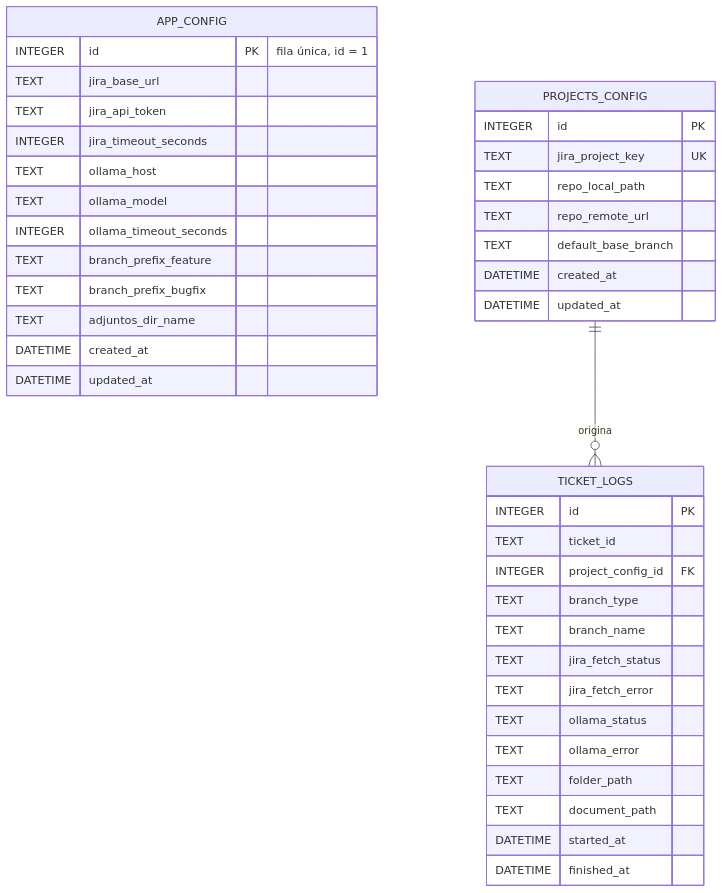
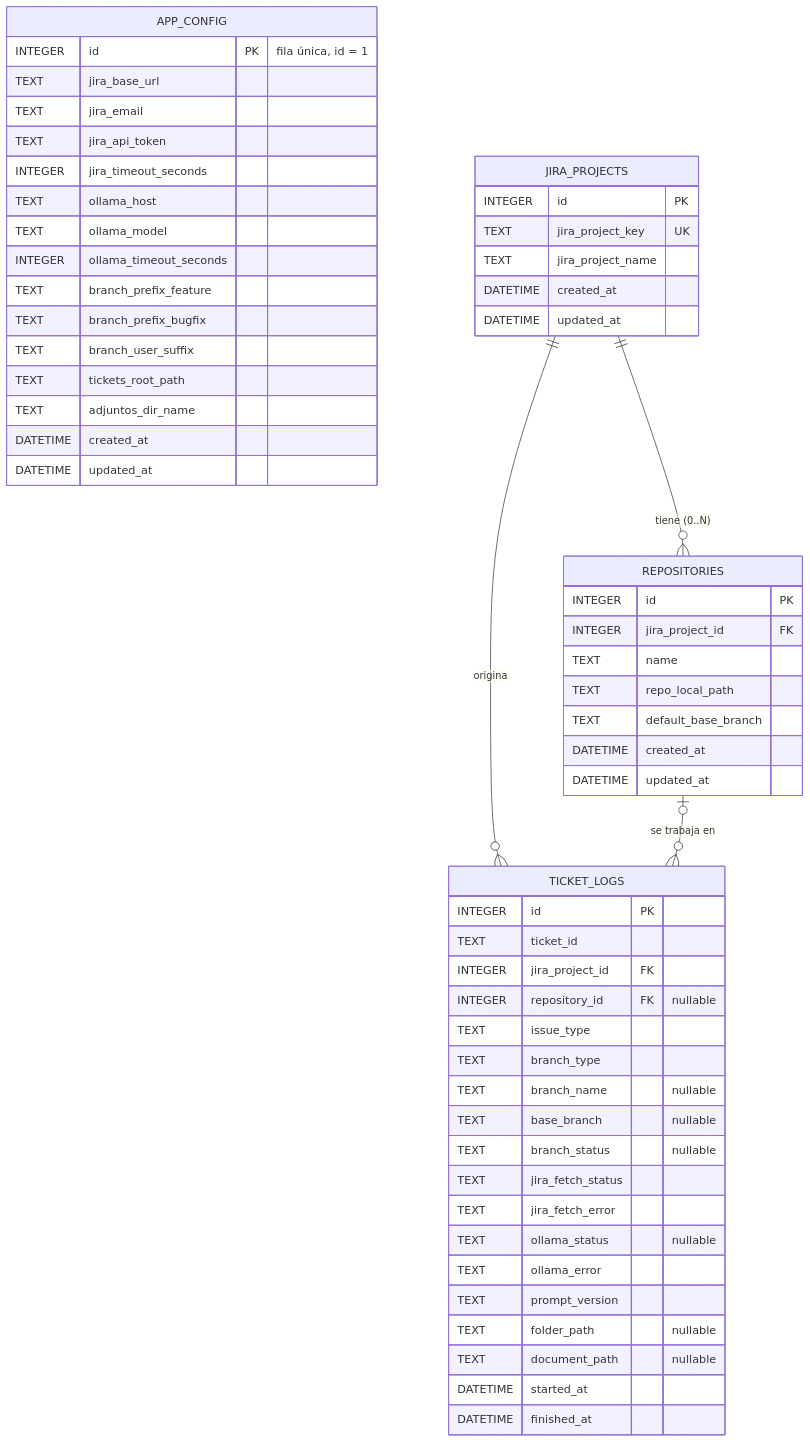
The diagram in docs/003-modelo-de-datos.md (andrearocha-git/AI4Devs-finalproject), drawn with Mermaid before and after one commit. The commit also changed other lines of this file and 11 other files, not shown here.

````diff
--- a/docs/003-modelo-de-datos.md
+++ b/docs/003-modelo-de-datos.md
@@ -7,45 +7,63 @@
 ```mermaid
 erDiagram
     APP_CONFIG {
         INTEGER id PK "fila única, id = 1"
         TEXT jira_base_url
+        TEXT jira_email
         TEXT jira_api_token
         INTEGER jira_timeout_seconds
         TEXT ollama_host
         TEXT ollama_model
         INTEGER ollama_timeout_seconds
         TEXT branch_prefix_feature
         TEXT branch_prefix_bugfix
+        TEXT branch_user_suffix
+        TEXT tickets_root_path
         TEXT adjuntos_dir_name
         DATETIME created_at
         DATETIME updated_at
     }
 
-    PROJECTS_CONFIG {
+    JIRA_PROJECTS {
         INTEGER id PK
         TEXT jira_project_key UK
+        TEXT jira_project_name
+        DATETIME created_at
+        DATETIME updated_at
+    }
+
+    REPOSITORIES {
+        INTEGER id PK
+        INTEGER jira_project_id FK
+        TEXT name
         TEXT repo_local_path
-        TEXT repo_remote_url
         TEXT default_base_branch
         DATETIME created_at
         DATETIME updated_at
     }
 
     TICKET_LOGS {
         INTEGER id PK
         TEXT ticket_id
-        INTEGER project_config_id FK
+        INTEGER jira_project_id FK
+        INTEGER repository_id FK "nullable"
+        TEXT issue_type
         TEXT branch_type
-        TEXT branch_name
+        TEXT branch_name "nullable"
+        TEXT base_branch "nullable"
+        TEXT branch_status "nullable"
         TEXT jira_fetch_status
         TEXT jira_fetch_error
-        TEXT ollama_status
+        TEXT ollama_status "nullable"
         TEXT ollama_error
-        TEXT folder_path
-        TEXT document_path
+        TEXT prompt_version
+        TEXT folder_path "nullable"
+        TEXT document_path "nullable"
         DATETIME started_at
         DATETIME finished_at
     }
 
-    PROJECTS_CONFIG ||--o{ TICKET_LOGS : "origina"
+    JIRA_PROJECTS ||--o{ REPOSITORIES : "tiene (0..N)"
+    JIRA_PROJECTS ||--o{ TICKET_LOGS : "origina"
+    REPOSITORIES |o--o{ TICKET_LOGS : "se trabaja en"
 ```
````
